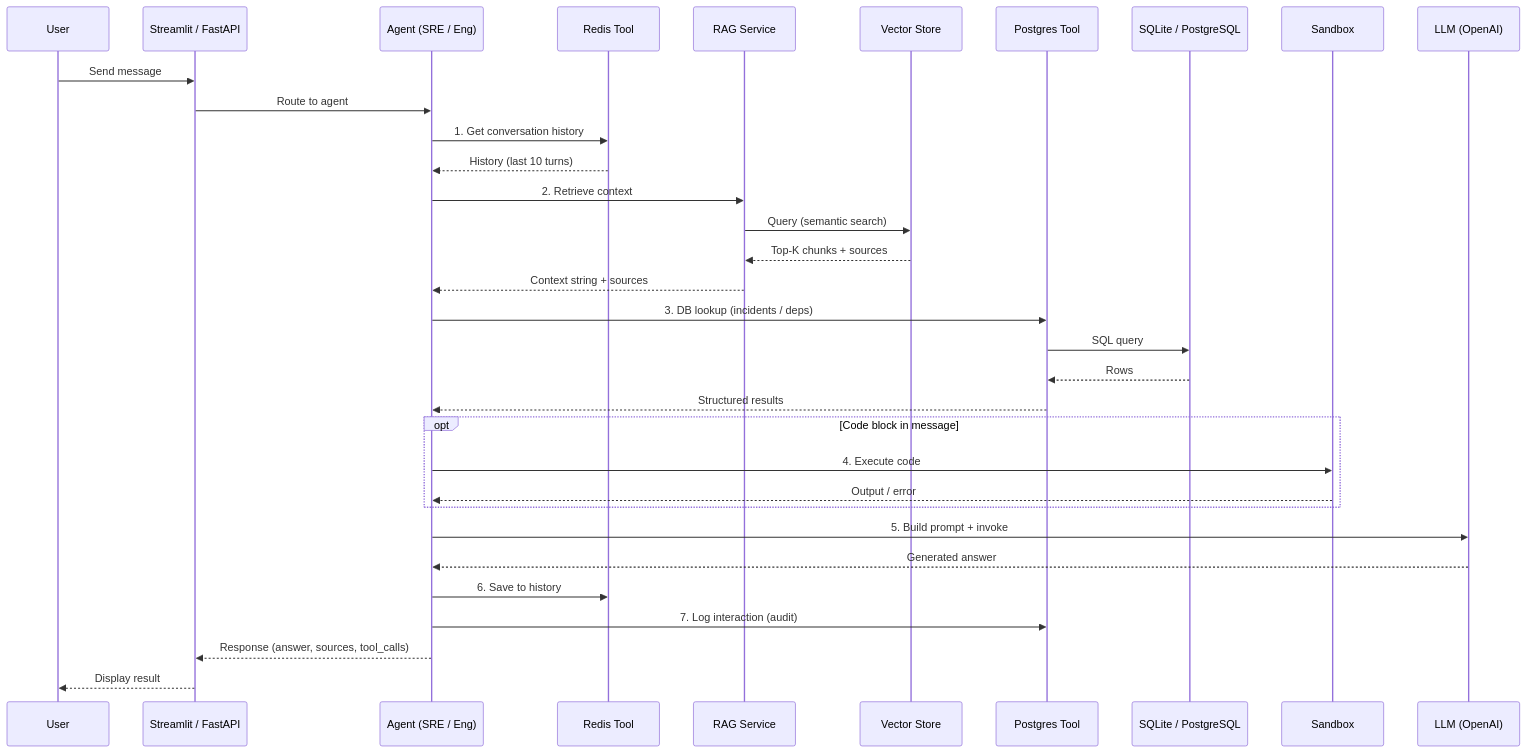
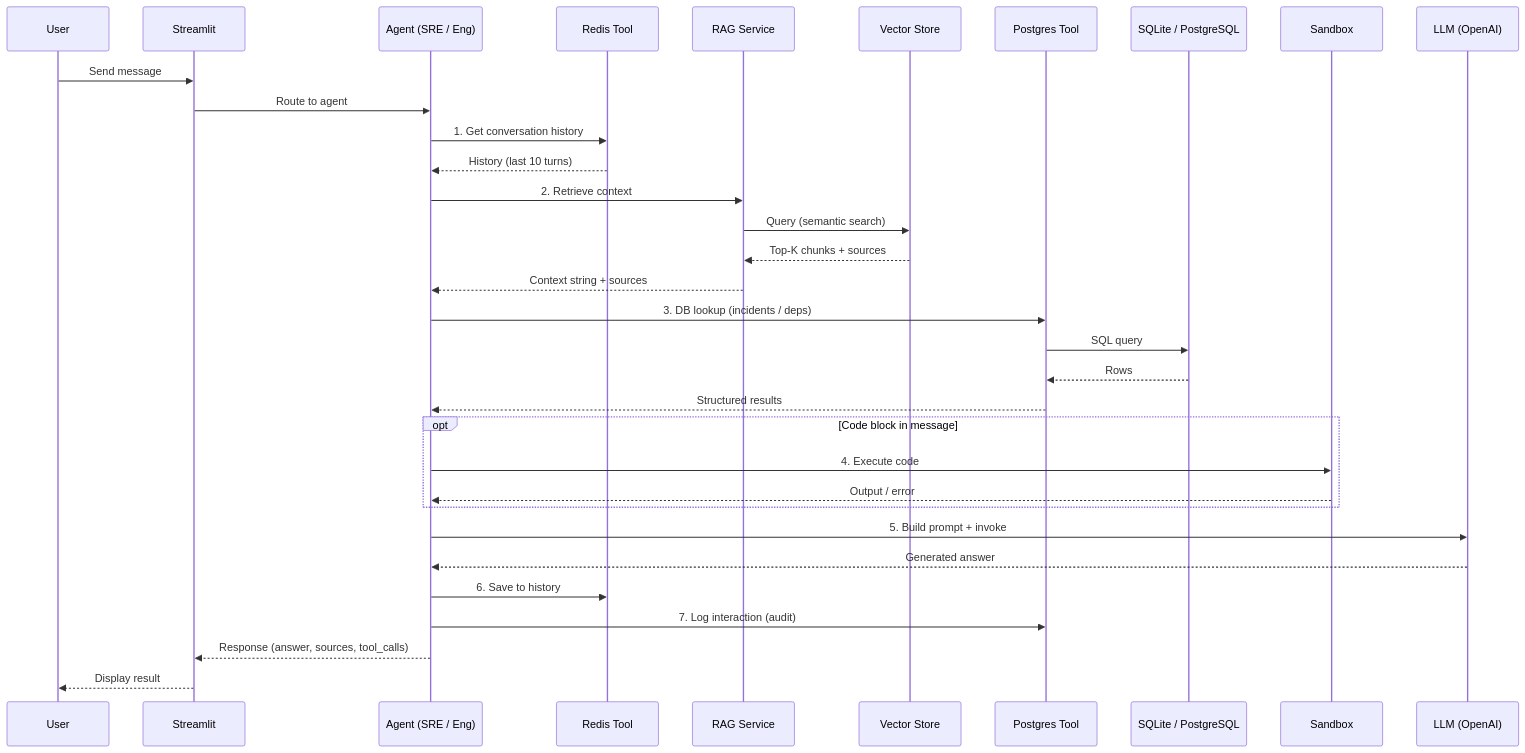
The second of 6 diagrams in architecture_noAzure.md (SameepSB/rag-infra), drawn with Mermaid before and after one commit. The commit also changed other lines of this file, not shown here.

Commit message:
updated architecture flow for local implementation

````diff
--- a/architecture_noAzure.md
+++ b/architecture_noAzure.md
@@ -77,43 +73,43 @@
 ```mermaid
 sequenceDiagram
     participant U as User
-    participant UI as Streamlit / FastAPI
+    participant UI as Streamlit
     participant A as Agent (SRE / Eng)
     participant R as Redis Tool
     participant RAG as RAG Service
     participant VS as Vector Store
     participant PG as Postgres Tool
     participant DB as SQLite / PostgreSQL
     participant SB as Sandbox
     participant LLM as LLM (OpenAI)
 
     U->>UI: Send message
     UI->>A: Route to agent
 
     A->>R: 1. Get conversation history
     R-->>A: History (last 10 turns)
 
     A->>RAG: 2. Retrieve context
     RAG->>VS: Query (semantic search)
     VS-->>RAG: Top-K chunks + sources
     RAG-->>A: Context string + sources
 
     A->>PG: 3. DB lookup (incidents / deps)
     PG->>DB: SQL query
     DB-->>PG: Rows
     PG-->>A: Structured results
 
     opt Code block in message
         A->>SB: 4. Execute code
         SB-->>A: Output / error
     end
 
     A->>LLM: 5. Build prompt + invoke
     LLM-->>A: Generated answer
 
     A->>R: 6. Save to history
     A->>PG: 7. Log interaction (audit)
 
     A-->>UI: Response (answer, sources, tool_calls)
     UI-->>U: Display result
 ```
````
